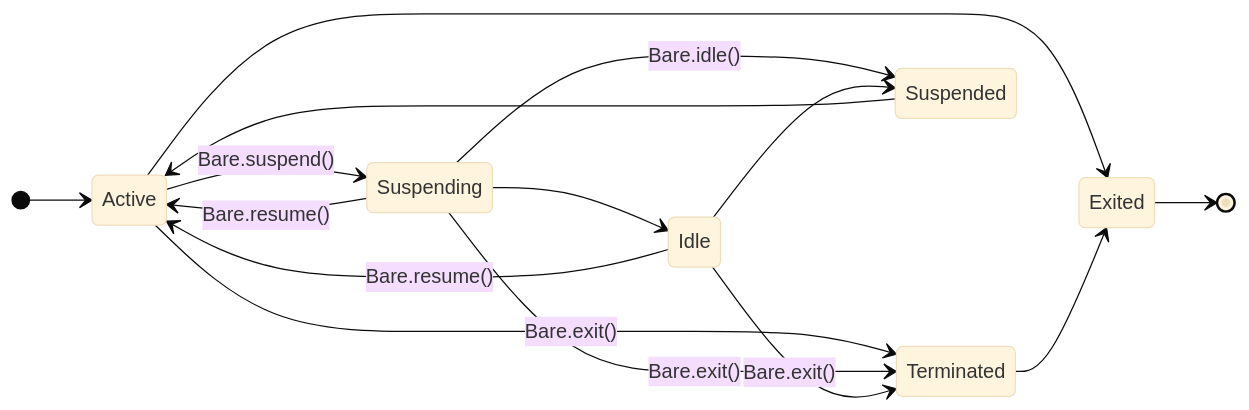
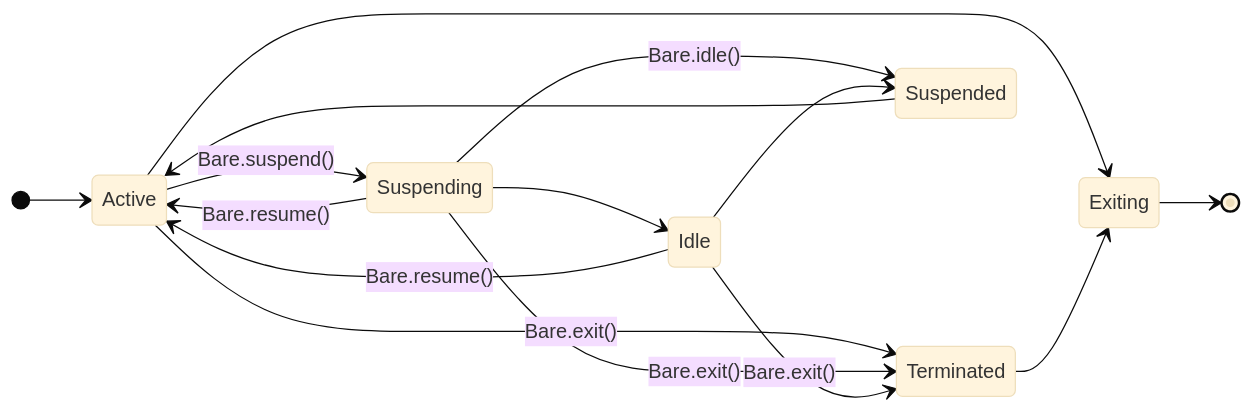
Before and after one commit to holepunchto/bare: the diagram in README.md, drawn with Mermaid (base theme). The commit also changed 2 other files, not shown here.

Commit message:
Align `bare_runtime_state_t`

````diff
--- a/README.md
+++ b/README.md
@@ -157,18 +157,18 @@
 ```mermaid
 stateDiagram
   direction LR
   [*] --> Active
   Active --> Suspending: Bare.suspend()
   Active --> Terminated: Bare.exit()
-  Active --> Exited
+  Active --> Exiting
   Suspending --> Active: Bare.resume()
   Suspending --> Suspended: Bare.idle()
   Suspending --> Terminated: Bare.exit()
   Suspending --> Idle
   Idle --> Active: Bare.resume()
   Idle --> Terminated: Bare.exit()
   Idle --> Suspended
   Suspended --> Active
-  Terminated --> Exited
-  Exited --> [*]
+  Terminated --> Exiting
+  Exiting --> [*]
 ```
````
